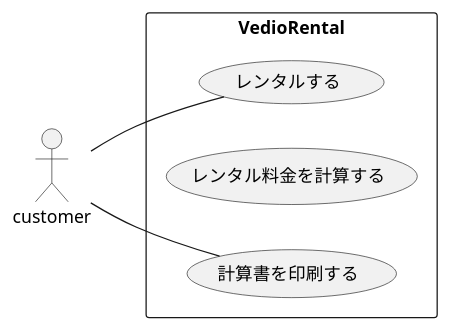
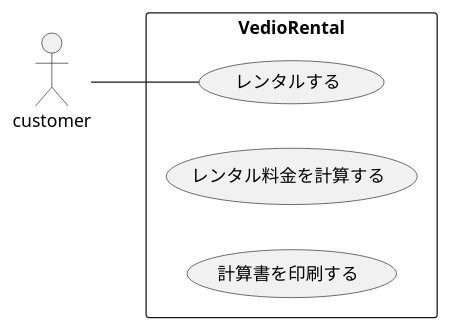
One commit to k2works/etude_op10_no10 changed the diagram in docs/dev/diagrams/video_rental/use_case.puml. Above: the diagram before and after it, drawn with PlantUML. The commit also changed 1 other file, not shown here.

```diff
--- a/docs/dev/diagrams/video_rental/use_case.puml
+++ b/docs/dev/diagrams/video_rental/use_case.puml
@@ -1,10 +1,10 @@
 @startuml
 left to right direction
 skinparam packageStyle rectangle
 actor customer
 rectangle VedioRental {
   customer -- (レンタルする)
               (レンタル料金を計算する)
-  customer -- (計算書を印刷する)
+              (計算書を印刷する)
 }
 @enduml
```
